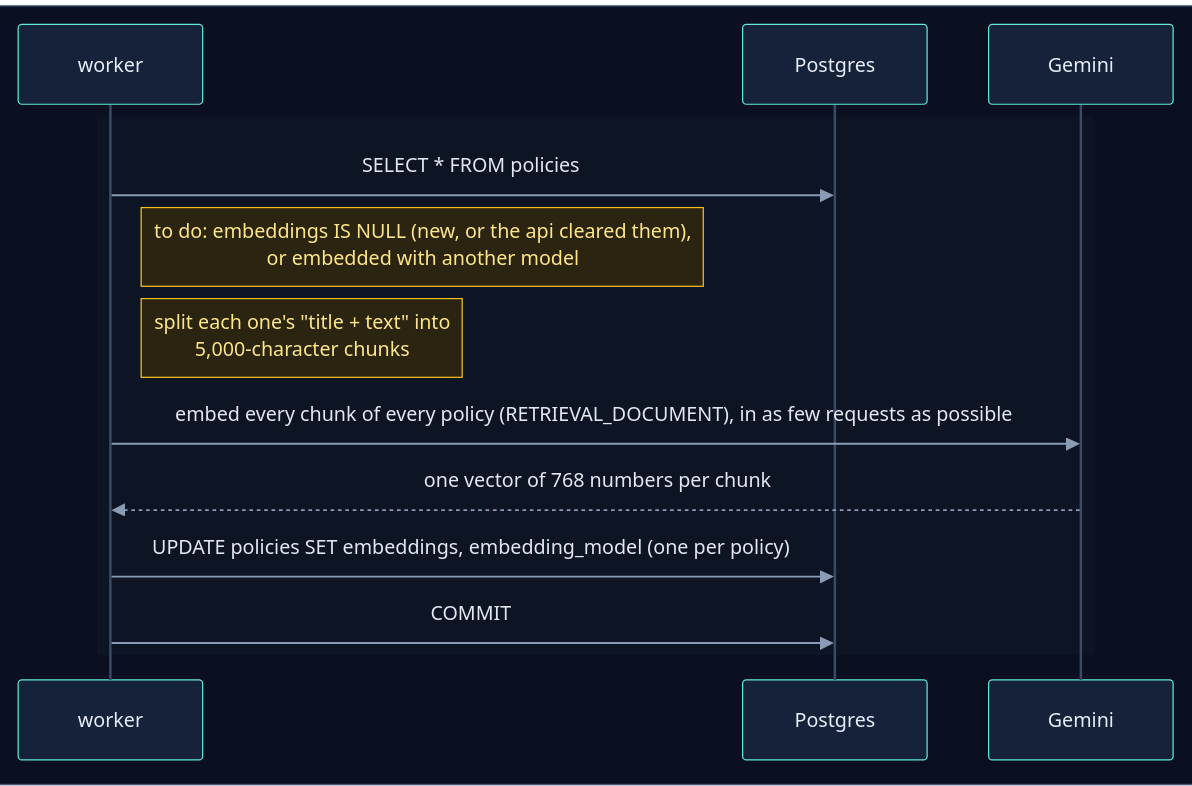
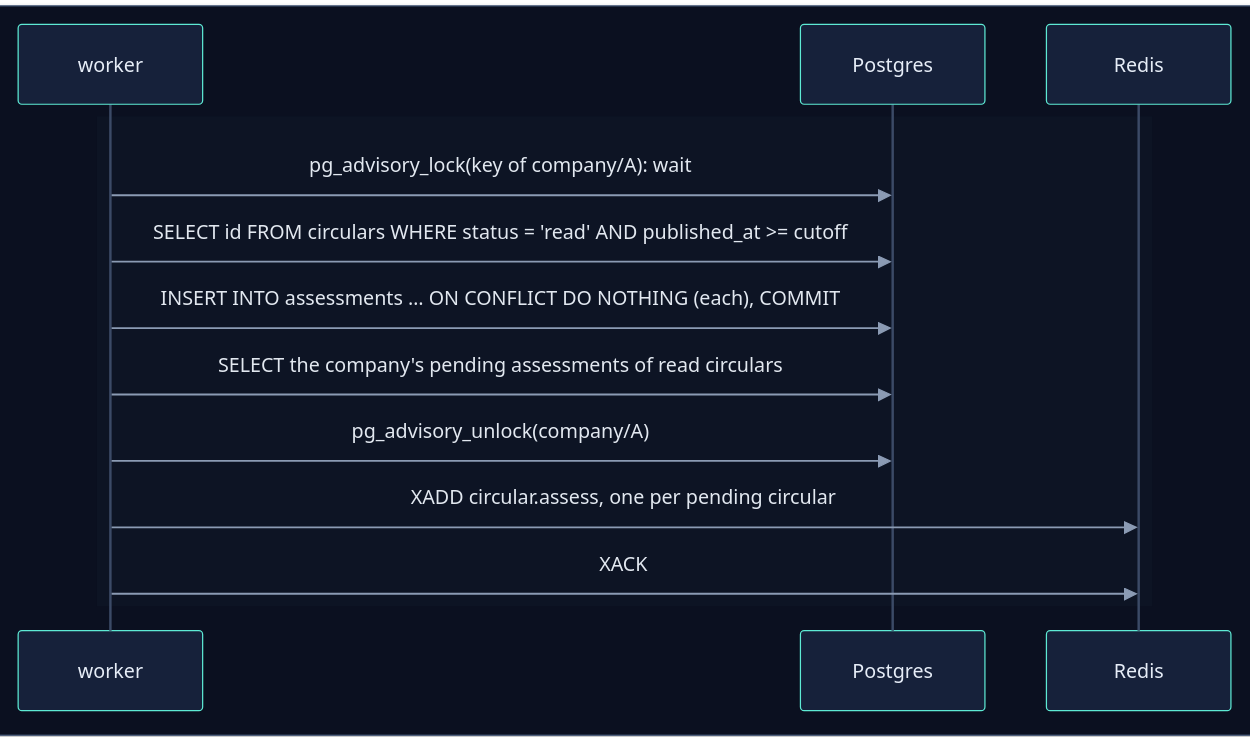
One commit to selvakumarperumal/Regulatory_Circular_Impact_Agent changed diagram 15 of 19 in backend/worker/INTERNALS.md. Above: the diagram before and after it, drawn with Mermaid. The commit also changed other lines of this file and 8 other files, not shown here.

Commit message:
Document the task queue and multi-company design

````diff
--- a/backend/worker/INTERNALS.md
+++ b/backend/worker/INTERNALS.md
@@ -782,19 +780,19 @@
 ```mermaid
 %%{init: {"theme": "base", "sequence": {"diagramMarginX": 0, "diagramMarginY": 0}, "themeVariables": {"darkMode": true, "primaryColor": "#16213a", "primaryTextColor": "#e6edf7", "primaryBorderColor": "#475a7a", "lineColor": "#8b9bb4", "secondaryColor": "#1b2436", "tertiaryColor": "#101a2e", "edgeLabelBackground": "#0f172a", "textColor": "#e2e8f0", "actorBkg": "#16213a", "actorBorder": "#5eead4", "actorTextColor": "#e6edf7", "actorLineColor": "#3b4a66", "signalColor": "#8b9bb4", "signalTextColor": "#e2e8f0", "noteBkgColor": "#2a2410", "noteBorderColor": "#fbbf24", "noteTextColor": "#fde68a", "labelBoxBkgColor": "#1e293b", "labelBoxBorderColor": "#64748b", "labelTextColor": "#e2e8f0", "loopTextColor": "#c4b5fd", "sequenceNumberColor": "#0b1020", "activationBkgColor": "#1e293b"}}}%%
 sequenceDiagram
     box rgb(11, 16, 32)
         participant K as worker
         participant PG as Postgres
-        participant G as Gemini
+        participant R as Redis
     end
 
     rect rgb(13, 20, 36)
-        K->>PG: SELECT * FROM policies
-        Note right of K: to do: embeddings IS NULL (new, or the api cleared them),<br/>or embedded with another model
-        Note right of K: split each one's "title + text" into<br/>5,000-character chunks
-        K->>G: embed every chunk of every policy (RETRIEVAL_DOCUMENT), in as few requests as possible
-        G-->>K: one vector of 768 numbers per chunk
-        K->>PG: UPDATE policies SET embeddings, embedding_model (one per policy)
-        K->>PG: COMMIT
+        K->>PG: pg_advisory_lock(key of company/A): wait
+        K->>PG: SELECT id FROM circulars WHERE status = 'read' AND published_at >= cutoff
+        K->>PG: INSERT INTO assessments … ON CONFLICT DO NOTHING (each), COMMIT
+        K->>PG: SELECT the company's pending assessments of read circulars
+        K->>PG: pg_advisory_unlock(company/A)
+        K->>R: XADD circular.assess, one per pending circular
+        K->>R: XACK
     end
 ```
````
